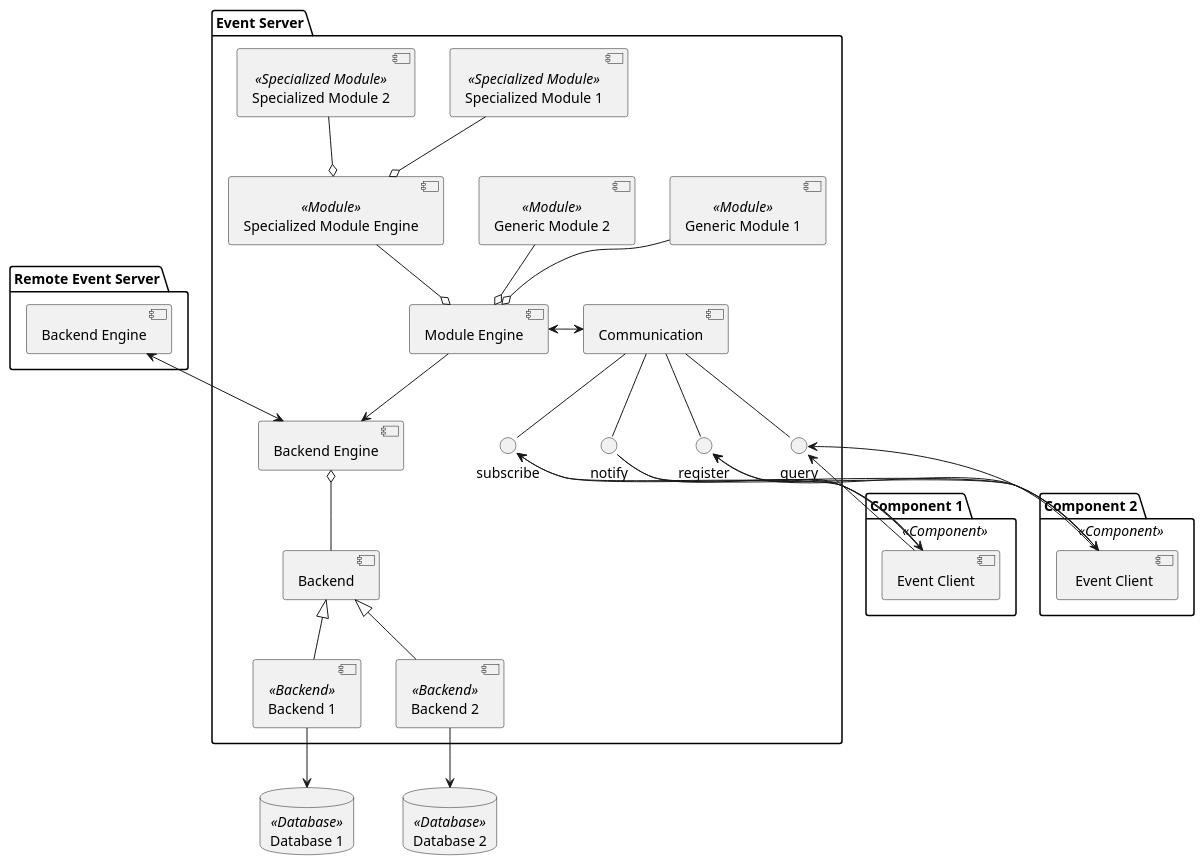
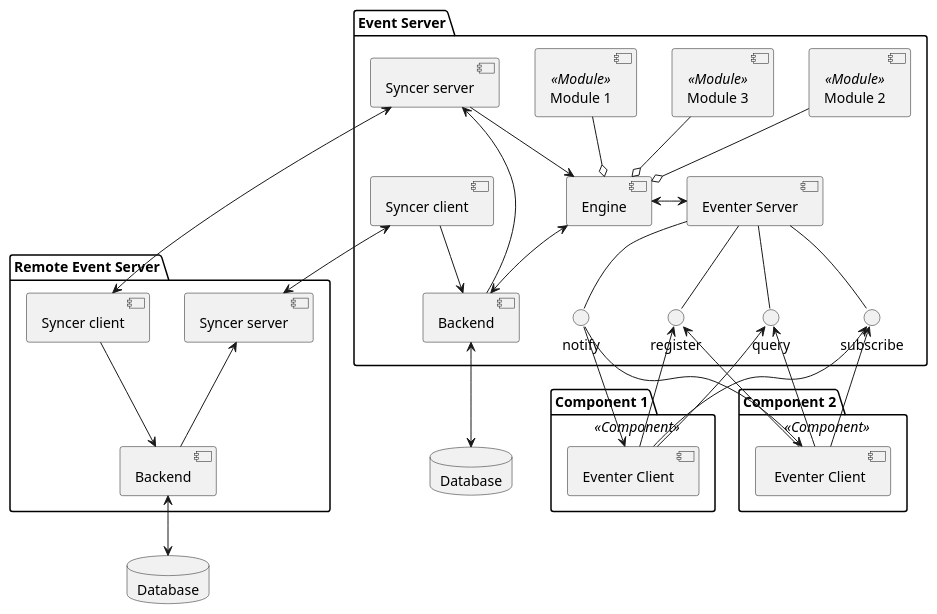
The diagram in docs/event.rst (hat-open/hat-event), drawn with PlantUML before and after one commit. The commit also changed other lines of this file and 5 other files, not shown here.

Commit message:
docs, schemas_sbs, schemas_json update

```diff
--- a/docs/event.rst
+++ b/docs/event.rst
@@ -258,68 +321,69 @@
 .. uml::
 
     folder "Component 1" <<Component>> {
-        component "Event Client" as Client1
+        component "Eventer Client" as EventerClient1
     }
 
     folder "Component 2" <<Component>> {
-        component " Event Client" as Client2
+        component " Eventer Client" as EventerClient2
     }
 
     folder "Event Server" {
-        component Communication
-        component "Module Engine" as ModuleEngine
-        component "Generic Module 1" <<Module>> as Module1
-        component "Generic Module 2" <<Module>> as Module2
-        component "Specialized Module Engine" <<Module>> as SpecModuleEngine
-        component "Specialized Module 1" <<Specialized Module>> as SpecModule1
-        component "Specialized Module 2" <<Specialized Module>> as SpecModule2
-        component "Backend Engine" as BackendEngine
+        component "Eventer Server" as EventerServer
+        component "Engine" as Engine
+        component "Module 1" <<Module>> as Module1
+        component "Module 2" <<Module>> as Module2
+        component "Module 3" <<Module>> as Module3
         component "Backend" as Backend
-        component "Backend 1" <<Backend>> as Backend1
-        component "Backend 2" <<Backend>> as Backend2
+        component "Syncer server" as SyncerServer
+        component "Syncer client" as SyncerClient
 
         interface subscribe
         interface notify
         interface register
         interface query
     }
 
     folder "Remote Event Server" {
-        component "Backend Engine" as RemoteBackendEngine
+        component "Syncer server" as RemoteSyncerServer
+        component "Syncer client" as RemoteSyncerClient
+        component "Backend" as RemoteBackend
     }
 
-    database "Database 1" <<Database>> as Database1
-    database "Database 2" <<Database>> as Database2
+    database "Database" as Database
+    database "Database" as RemoteDatabase
 
-    Communication -- subscribe
-    Communication -- notify
-    Communication -- register
-    Communication -- query
+    EventerServer -- subscribe
+    EventerServer -- notify
+    EventerServer -- register
+    EventerServer -- query
 
-    subscribe <-- Client1
-    notify --> Client1
-    register <-- Client1
-    query <-- Client1
+    subscribe <-- EventerClient1
+    notify --> EventerClient1
+    register <-- EventerClient1
+    query <-- EventerClient1
 
-    subscribe <-- Client2
-    notify --> Client2
-    register <-- Client2
-    query <-- Client2
+    subscribe <-- EventerClient2
+    notify --> EventerClient2
+    register <-- EventerClient2
+    query <-- EventerClient2
 
-    ModuleEngine <-> Communication
-    ModuleEngine --> BackendEngine
+    Engine <-> EventerServer
+    Engine <--> Backend
 
-    Module1 --o ModuleEngine
-    Module2 --o ModuleEngine
-    SpecModuleEngine --o ModuleEngine
-    SpecModule1 --o SpecModuleEngine
-    SpecModule2 --o SpecModuleEngine
+    Module1 --o Engine
+    Module2 --o Engine
+    Module3 --o Engine
 
-    BackendEngine o-- Backend
-    Backend <|-- Backend1
-    Backend <|-- Backend2
+    Backend <--> Database
 
-    Backend1 --> Database1
-    Backend2 --> Database2
+    SyncerServer <-- Backend
+    SyncerClient --> Backend
+    SyncerServer --> Engine
 
-    RemoteBackendEngine <--> BackendEngine
+    RemoteSyncerServer <-- RemoteBackend
+    RemoteSyncerClient --> RemoteBackend
+    RemoteBackend <--> RemoteDatabase
+
+    RemoteSyncerClient <--> SyncerServer
+    SyncerClient <--> RemoteSyncerServer
```
